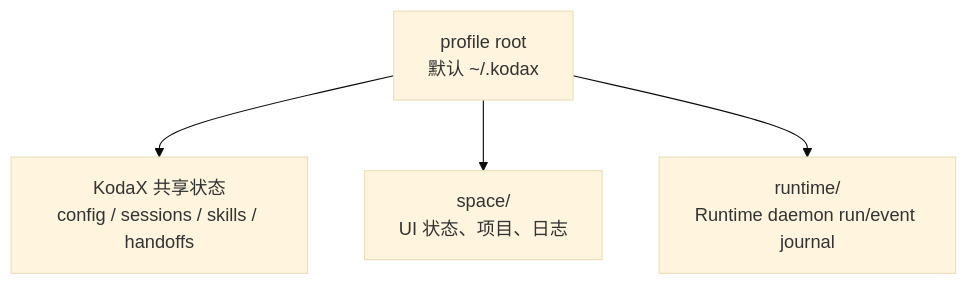
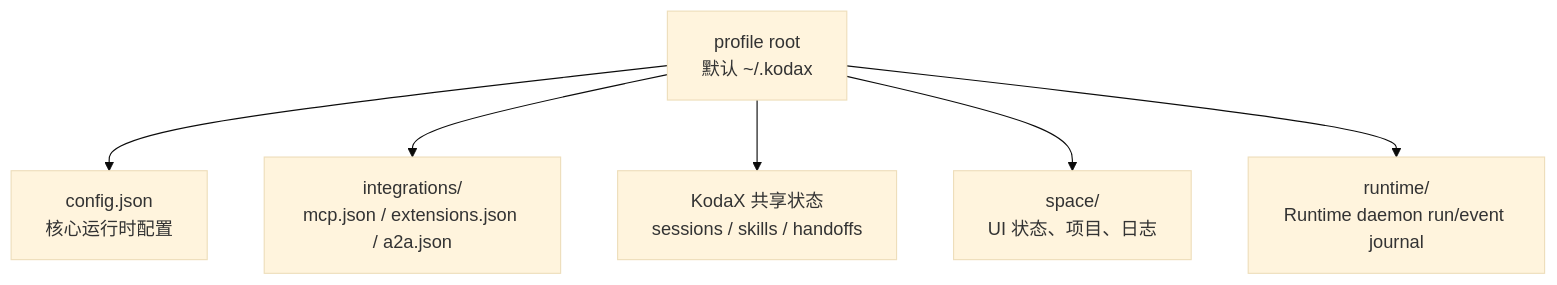
One commit to icetomoyo/KodaX-Space changed the first of 2 diagrams in docs/USAGE.md. Above: the diagram before and after it, drawn with Mermaid (base theme). The commit also changed other lines of this file and 12 other files, not shown here.

````diff
--- a/docs/USAGE.md
+++ b/docs/USAGE.md
@@ -49,6 +49,8 @@
 ```mermaid
 flowchart TD
-    Root["profile root<br/>默认 ~/.kodax"] --> Shared["KodaX 共享状态<br/>config / sessions / skills / handoffs"]
+    Root["profile root<br/>默认 ~/.kodax"] --> Core["config.json<br/>核心运行时配置"]
+    Root --> Integrations["integrations/<br/>mcp.json / extensions.json / a2a.json"]
+    Root --> Shared["KodaX 共享状态<br/>sessions / skills / handoffs"]
     Root --> Space["space/<br/>UI 状态、项目、日志"]
     Root --> Runtime["runtime/<br/>Runtime daemon run/event journal"]
 ```
````
